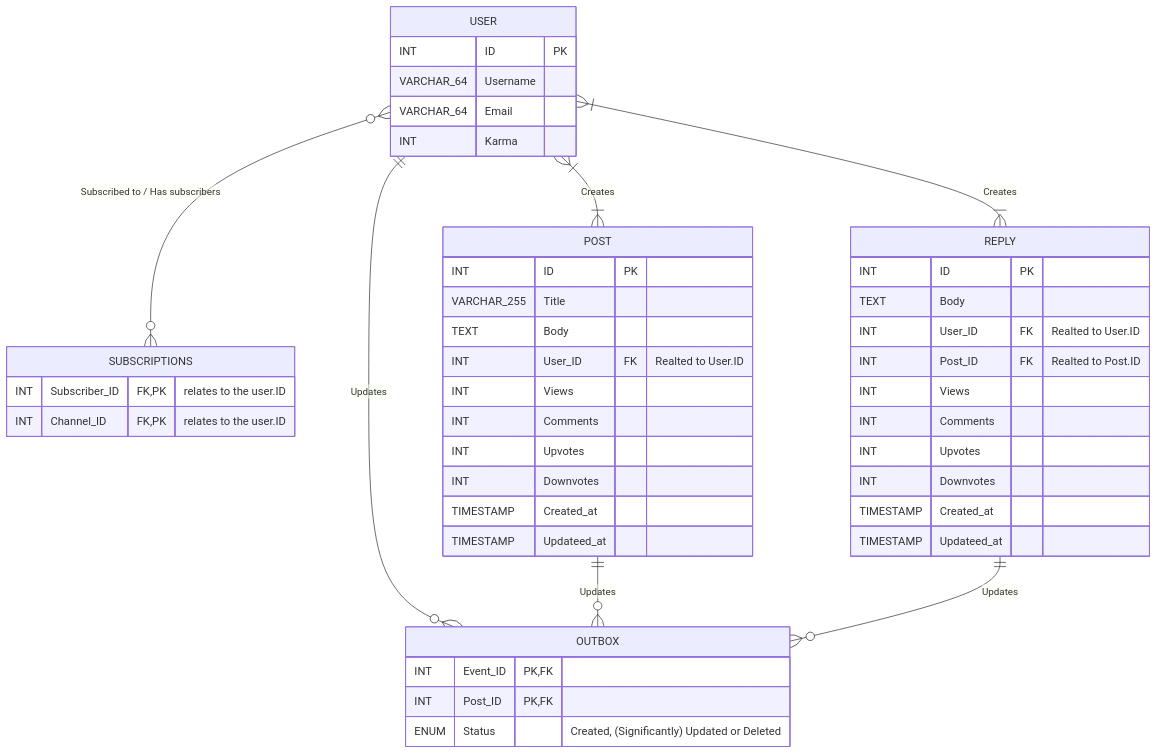
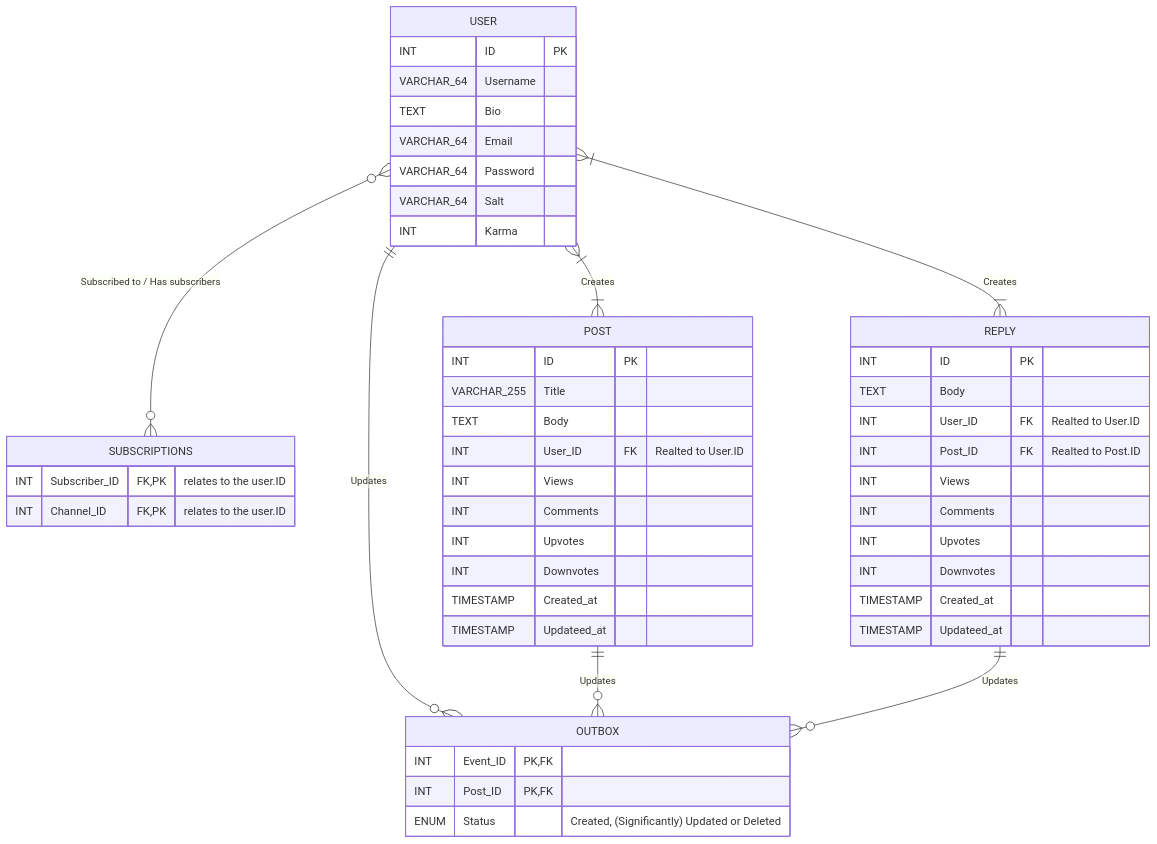
One commit to mike-pech/masters-theory changed the first of 6 diagrams in System Design/Practice/2. Recommended feed.md. Above: the diagram before and after it, drawn with Mermaid. The commit also changed other lines of this file and 8 other files, not shown here.

````diff
--- a/System Design/Practice/2. Recommended feed.md
+++ b/System Design/Practice/2. Recommended feed.md
@@ -73,55 +72,57 @@
 ```mermaid
 erDiagram
-direction TB
 
 SUBSCRIPTIONS {
     INT Subscriber_ID FK,PK "relates to the user.ID"  
     INT Channel_ID FK,PK "relates to the user.ID"  
 }
 
 USER {
     INT ID PK ""  
     VARCHAR_64 Username  ""  
+    TEXT Bio ""
     VARCHAR_64 Email  ""  
+    VARCHAR_64 Password ""
+    VARCHAR_64 Salt ""
     INT Karma  ""  
 }
 
 POST {
     INT ID PK ""  
     VARCHAR_255 Title  ""  
     TEXT Body  ""  
     INT User_ID FK "Realted to User.ID"  
     INT Views  ""  
     INT Comments  ""  
     INT Upvotes  ""  
     INT Downvotes  ""  
     TIMESTAMP Created_at  ""  
     TIMESTAMP Updateed_at  ""  
 }
 
 REPLY {
     INT ID PK "" 
     TEXT Body  ""  
     INT User_ID FK "Realted to User.ID"  
     INT Post_ID FK "Realted to Post.ID"
     INT Views  ""  
     INT Comments  ""  
     INT Upvotes  ""  
     INT Downvotes  ""  
     TIMESTAMP Created_at  ""  
     TIMESTAMP Updateed_at  "" 	
 }
 
 OUTBOX {
     INT Event_ID PK,FK ""  
     INT Post_ID PK,FK ""  
     ENUM Status  "Created, (Significantly) Updated or Deleted"  
 }
 
 USER}|--|{POST:"Creates"
 USER}|--|{REPLY:"Creates"
 USER||--o{OUTBOX:"Updates"
 USER}o--o{SUBSCRIPTIONS:"Subscribed to / Has subscribers"
 POST||--o{OUTBOX:"Updates"
 REPLY||--o{OUTBOX:"Updates"
 ```
````
